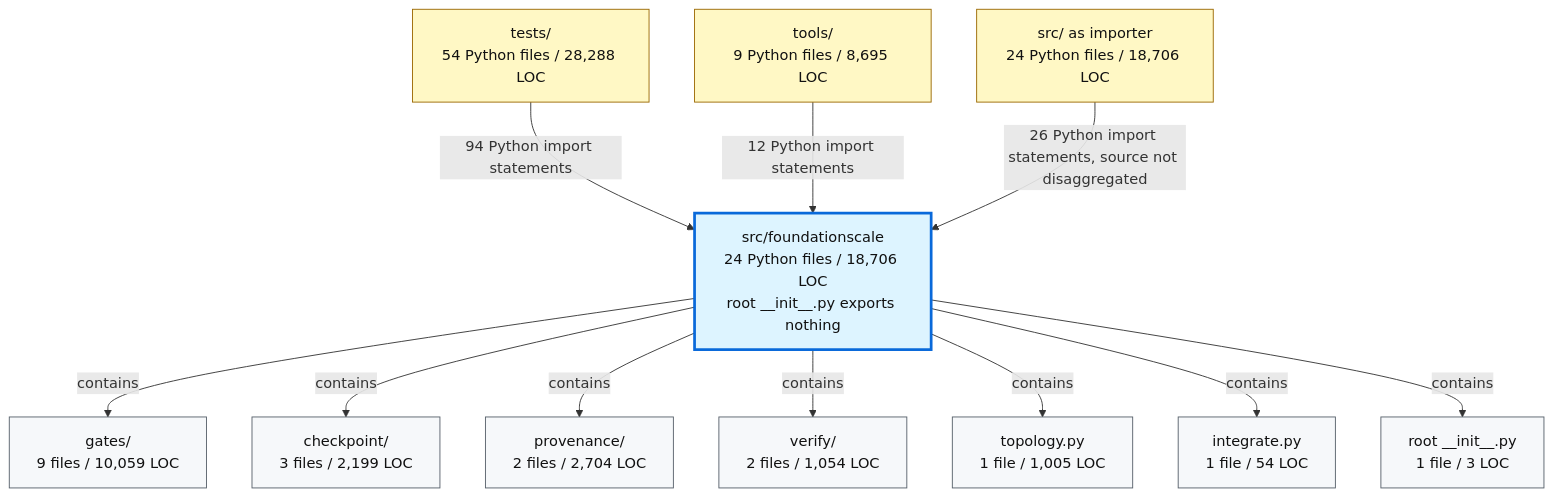
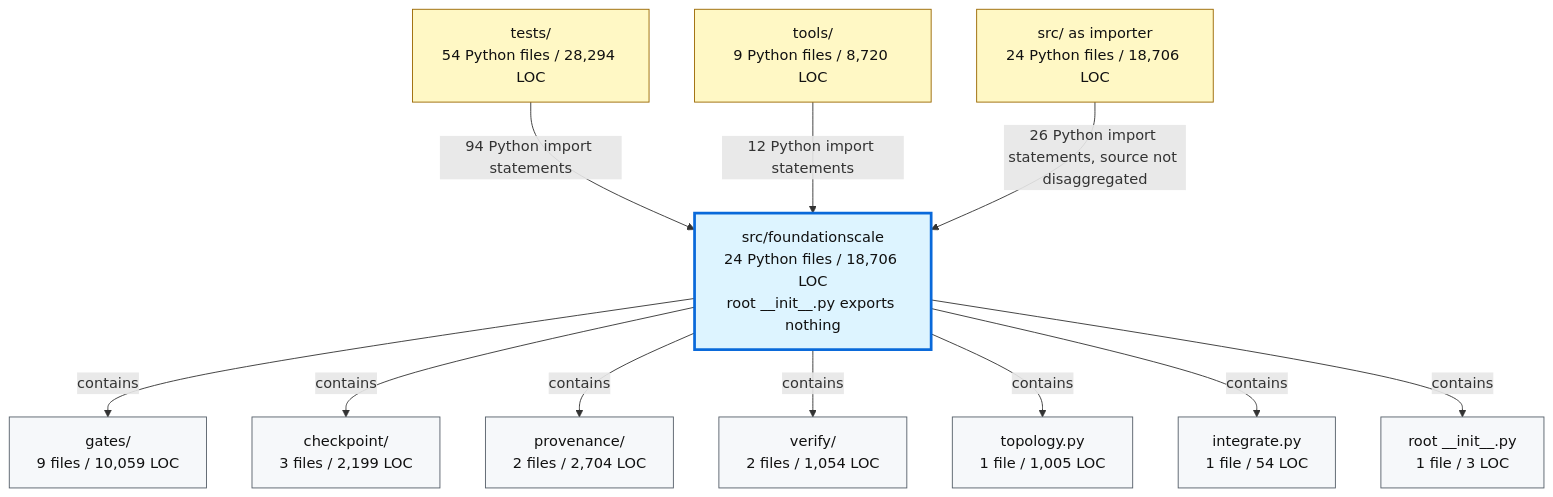
Before and after one commit to TranNhiem/FoundationScale: the second of 2 diagrams in docs/review/D2_current_architecture.md, drawn with Mermaid. The commit also changed other lines of this file and 8 other files, not shown here.

````diff
--- a/docs/review/D2_current_architecture.md
+++ b/docs/review/D2_current_architecture.md
@@ -93,36 +93,36 @@
 ```mermaid
 flowchart TB
-  TESTS["tests/<br/>54 Python files / 28,288 LOC"]
-  TOOLS["tools/<br/>9 Python files / 8,695 LOC"]
+  TESTS["tests/<br/>54 Python files / 28,294 LOC"]
+  TOOLS["tools/<br/>9 Python files / 8,720 LOC"]
   SRC["src/ as importer<br/>24 Python files / 18,706 LOC"]
 
   FS["src/foundationscale<br/>24 Python files / 18,706 LOC<br/>root __init__.py exports nothing"]
 
   GATES["gates/<br/>9 files / 10,059 LOC"]
   CKPT["checkpoint/<br/>3 files / 2,199 LOC"]
   PROV["provenance/<br/>2 files / 2,704 LOC"]
   VERIFY["verify/<br/>2 files / 1,054 LOC"]
   TOPO["topology.py<br/>1 file / 1,005 LOC"]
   INTEG["integrate.py<br/>1 file / 54 LOC"]
   ROOT["root __init__.py<br/>1 file / 3 LOC"]
 
   TESTS -->|"94 Python import statements"| FS
   TOOLS -->|"12 Python import statements"| FS
   SRC -->|"26 Python import statements, source not disaggregated"| FS
 
   FS -->|"contains"| GATES
   FS -->|"contains"| CKPT
   FS -->|"contains"| PROV
   FS -->|"contains"| VERIFY
   FS -->|"contains"| TOPO
   FS -->|"contains"| INTEG
   FS -->|"contains"| ROOT
 
   classDef consumer fill:#fff8c5,stroke:#9a6700,color:#111;
   classDef package fill:#ddf4ff,stroke:#0969da,stroke-width:3px,color:#111;
   classDef module fill:#f6f8fa,stroke:#57606a,color:#111;
 
   class TESTS,TOOLS,SRC consumer;
   class FS package;
   class GATES,CKPT,PROV,VERIFY,TOPO,INTEG,ROOT module;
 ```
````
